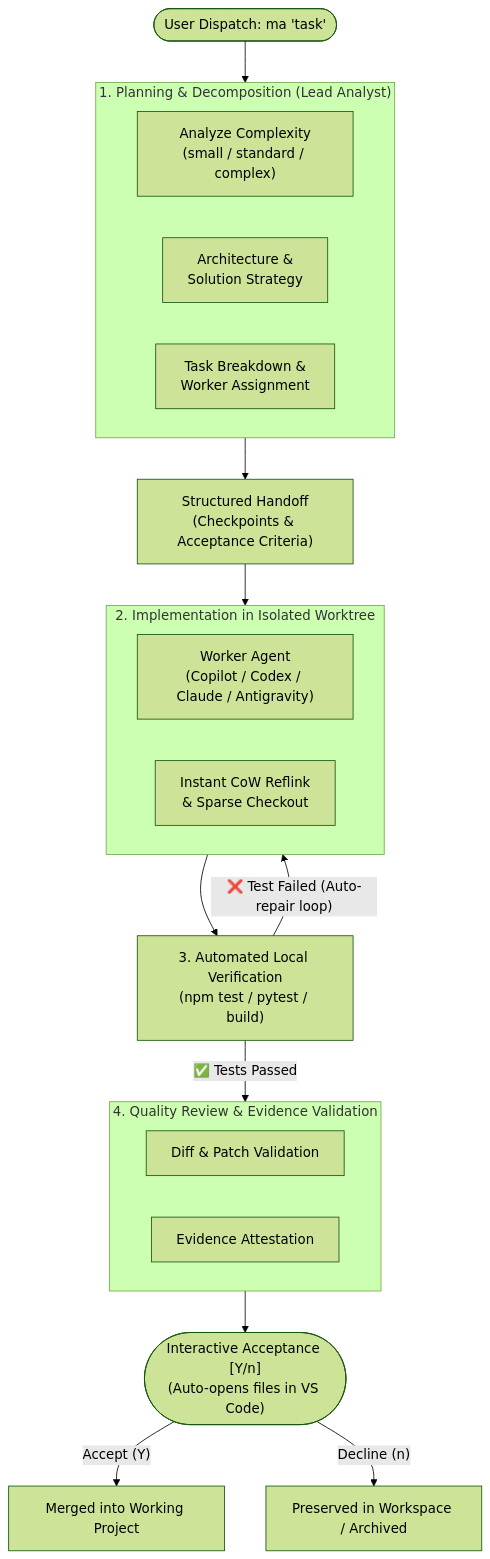
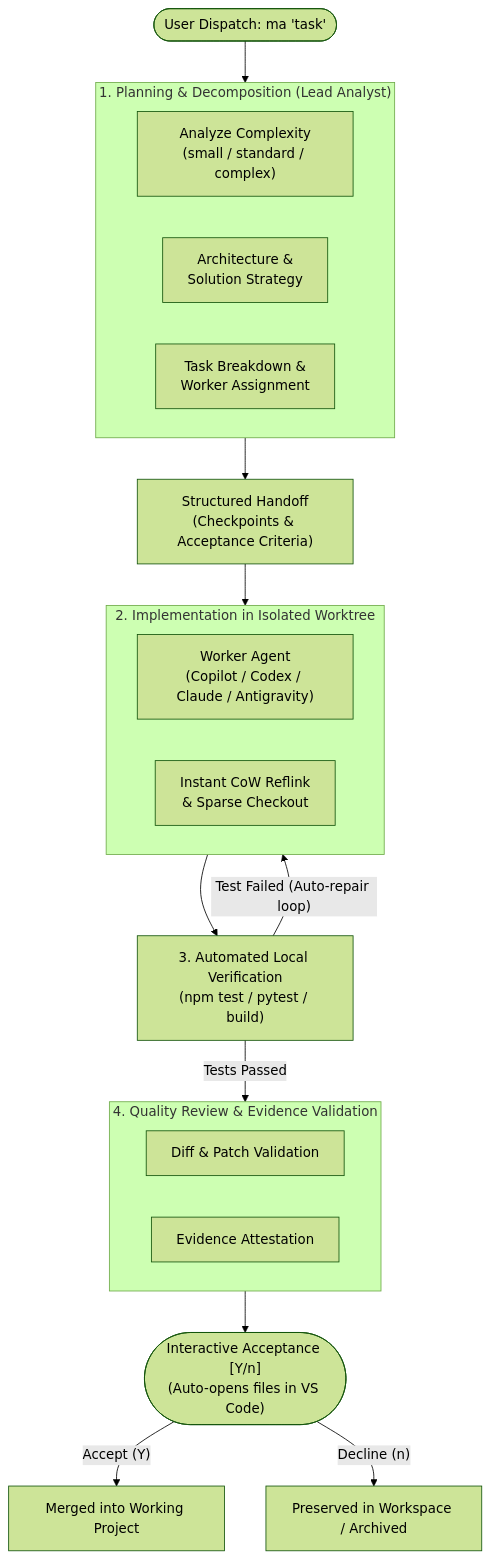
One commit to khang1604/multi_agents changed the first of 2 diagrams in README.md. Above: the diagram before and after it, drawn with Mermaid (forest theme). The commit also changed other lines of this file, not shown here.

````diff
--- a/README.md
+++ b/README.md
@@ -16,35 +16,35 @@
 ```mermaid
 flowchart TD
     Start(["User Dispatch: ma 'task'"]) --> PlanBox
 
     subgraph PlanBox ["1. Planning & Decomposition (Lead Analyst)"]
         direction LR
         P1["Analyze Complexity<br/>(small / standard / complex)"]
         P2["Architecture &<br/>Solution Strategy"]
         P3["Task Breakdown &<br/>Worker Assignment"]
     end
 
     PlanBox --> Handoff["Structured Handoff<br/>(Checkpoints & Acceptance Criteria)"]
     Handoff --> ImpBox
 
     subgraph ImpBox ["2. Implementation in Isolated Worktree"]
         direction LR
         W1["Worker Agent<br/>(Copilot / Codex / Claude / Antigravity)"]
         W2["Instant CoW Reflink<br/>& Sparse Checkout"]
     end
 
     ImpBox --> Verify["3. Automated Local Verification<br/>(npm test / pytest / build)"]
 
-    Verify -- "❌ Test Failed (Auto-repair loop)" --> ImpBox
-    Verify -- "✅ Tests Passed" --> ReviewBox
+    Verify -- "Test Failed (Auto-repair loop)" --> ImpBox
+    Verify -- "Tests Passed" --> ReviewBox
 
     subgraph ReviewBox ["4. Quality Review & Evidence Validation"]
         direction LR
         R1["Diff & Patch Validation"]
         R2["Evidence Attestation"]
     end
 
     ReviewBox --> Delivery(["Interactive Acceptance [Y/n]<br/>(Auto-opens files in VS Code)"])
     Delivery -- "Accept (Y)" --> Apply["Merged into Working Project"]
     Delivery -- "Decline (n)" --> Discard["Preserved in Workspace / Archived"]
 ```
````
